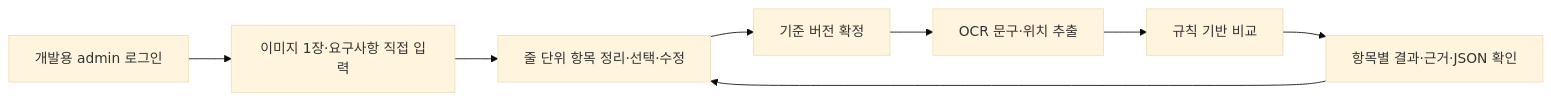
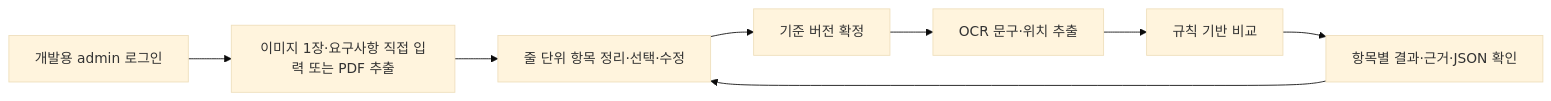
The second of 4 diagrams in README.md (20260528-skn-family-ai-33/SKN33-Final-1Team), drawn with Mermaid (base theme) before and after one commit. The commit also changed other lines of this file and 145 other files, not shown here.

````diff
--- a/README.md
+++ b/README.md
@@ -64,10 +64,10 @@
 ```mermaid
 flowchart LR
-    L["개발용 admin 로그인"] --> U["이미지 1장·요구사항 직접 입력"]
+    L["개발용 admin 로그인"] --> U["이미지 1장·요구사항 직접 입력 또는 PDF 추출"]
     U --> P["줄 단위 항목 정리·선택·수정"]
     P --> S["기준 버전 확정"]
     S --> O["OCR 문구·위치 추출"]
     O --> M["규칙 기반 비교"]
     M --> R["항목별 결과·근거·JSON 확인"]
     R --> P
 ```
````
